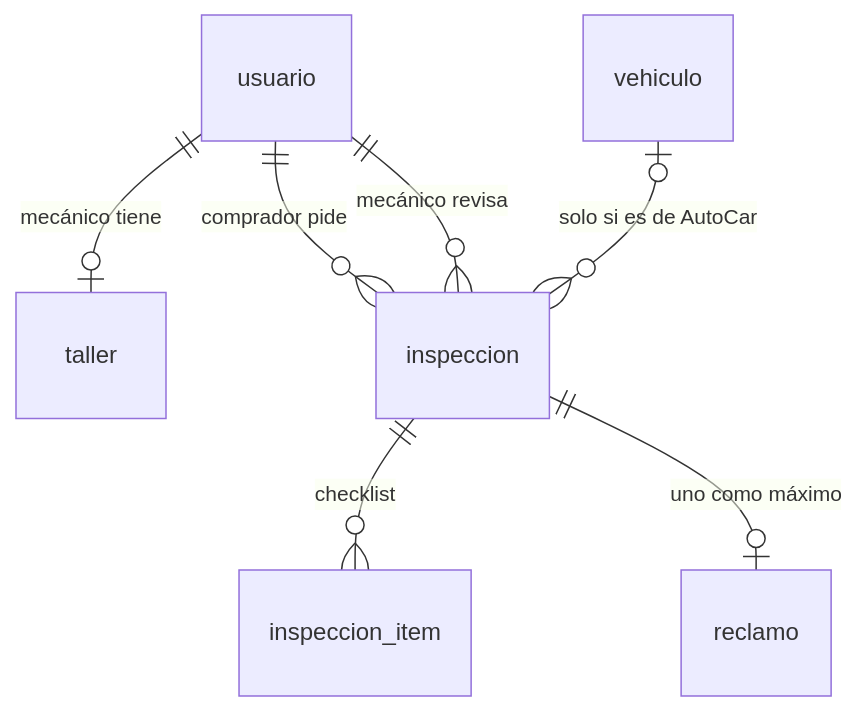
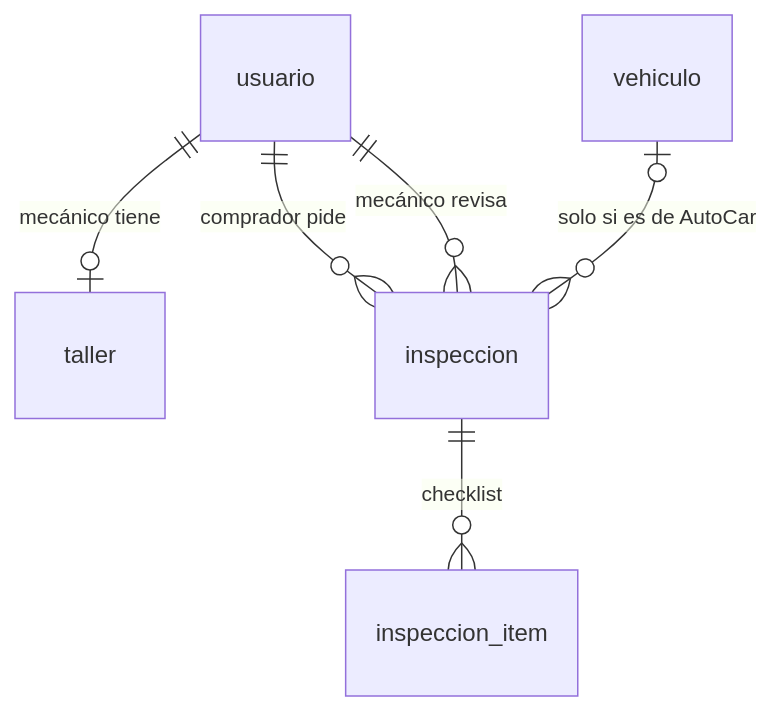
The second of 3 diagrams in docs/inspecciones.md (MateoPonti/AutoCarBackend), drawn with Mermaid before and after one commit. The commit also changed other lines of this file and 37 other files, not shown here.

````diff
--- a/docs/inspecciones.md
+++ b/docs/inspecciones.md
@@ -50,9 +50,8 @@
 ```mermaid
 erDiagram
   usuario ||--o| taller : "mecánico tiene"
   usuario ||--o{ inspeccion : "comprador pide"
   usuario ||--o{ inspeccion : "mecánico revisa"
   vehiculo |o--o{ inspeccion : "solo si es de AutoCar"
   inspeccion ||--o{ inspeccion_item : "checklist"
-  inspeccion ||--o| reclamo : "uno como máximo"
 ```
````
